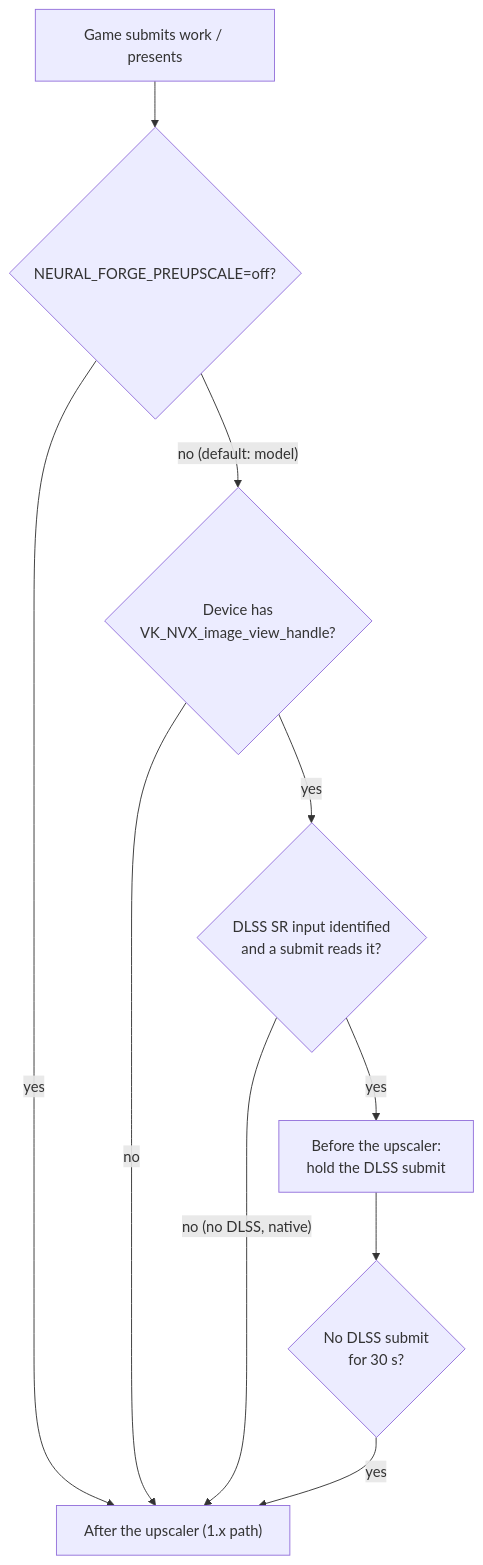
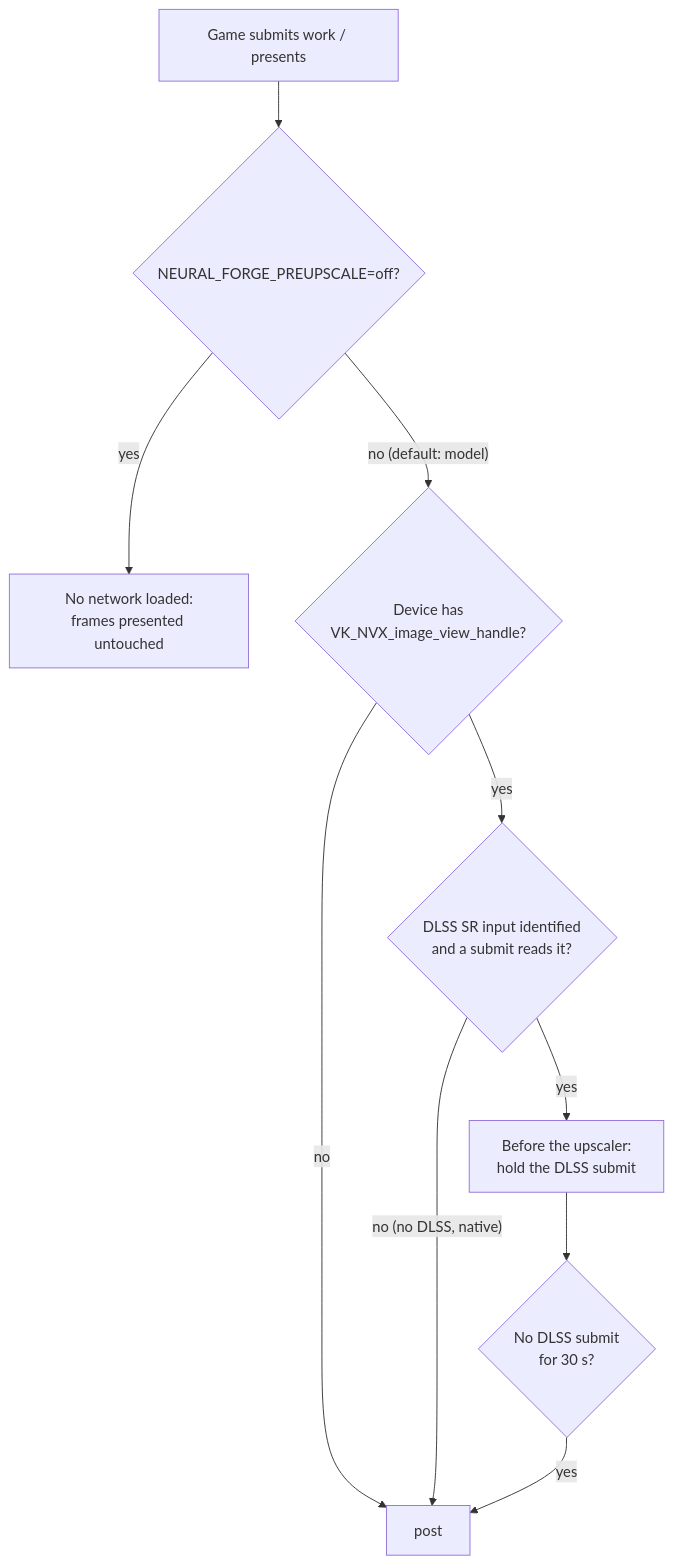
The second of 3 diagrams in docs/ARCHITECTURE.md (labj1987/neural-forge), drawn with Mermaid before and after one commit. The commit also changed other lines of this file and 6 other files, not shown here.

````diff
--- a/docs/ARCHITECTURE.md
+++ b/docs/ARCHITECTURE.md
@@ -187,12 +187,12 @@
 ```mermaid
 flowchart TD
     start["Game submits work / presents"] --> mode{"NEURAL_FORGE_PREUPSCALE=off?"}
-    mode -- yes --> post["After the upscaler (1.x path)"]
+    mode -- yes --> none["No network loaded:<br/>frames presented untouched"]
     mode -- "no (default: model)" --> nvx{"Device has<br/>VK_NVX_image_view_handle?"}
     nvx -- no --> post
     nvx -- yes --> dlss{"DLSS SR input identified<br/>and a submit reads it?"}
     dlss -- "no (no DLSS, native)" --> post
     dlss -- yes --> pre["Before the upscaler:<br/>hold the DLSS submit"]
     pre --> handback{"No DLSS submit<br/>for 30 s?"}
     handback -- yes --> post
 ```
````
